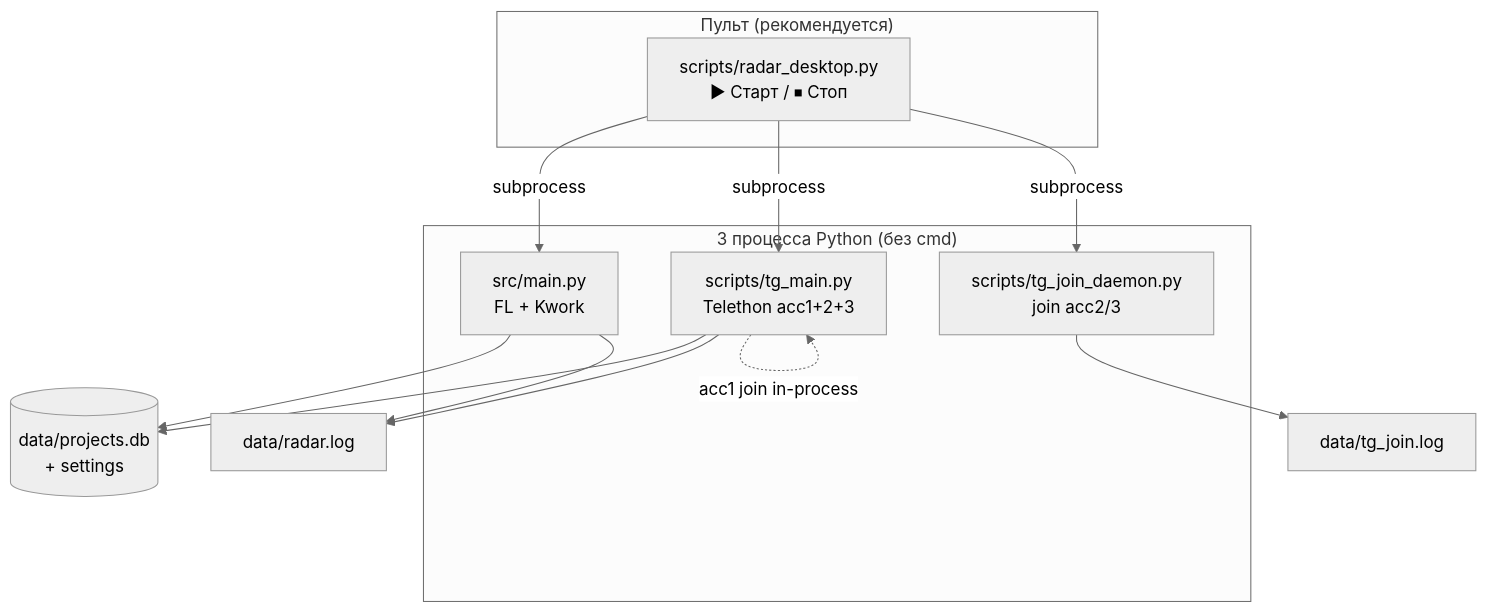
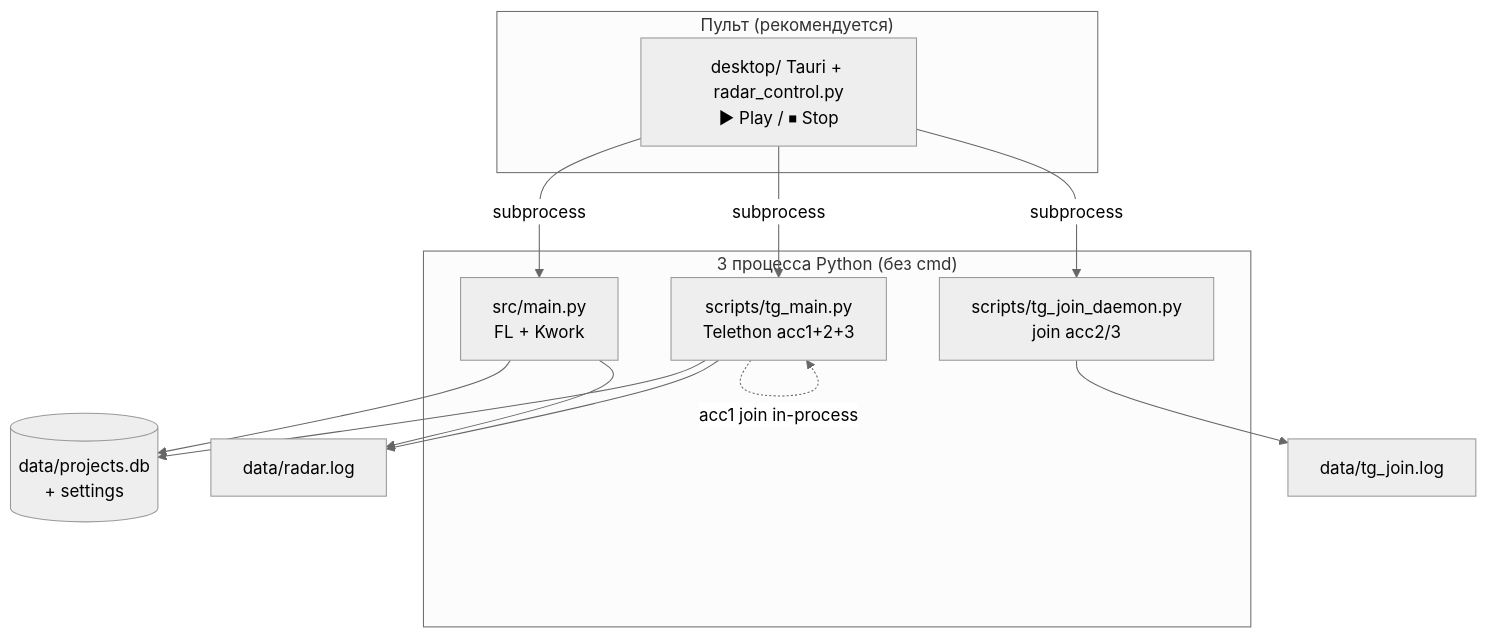
The first of 2 diagrams in docs/team/ARCHITECTURE.md (Rode51/rawlead), drawn with Mermaid (neutral theme) before and after one commit. The commit also changed other lines of this file and 70 other files, not shown here.

First line of the commit message:
feat: Tauri pult v2, radar_control API, TG forward to owner

````diff
--- a/docs/team/ARCHITECTURE.md
+++ b/docs/team/ARCHITECTURE.md
@@ -11,24 +11,24 @@
 ```mermaid
 flowchart TB
   subgraph desktop["Пульт (рекомендуется)"]
-    GUI["scripts/radar_desktop.py\n▶ Старт / ⏹ Стоп"]
+    GUI["desktop/ Tauri + radar_control.py\n▶ Play / ⏹ Stop"]
   end
   subgraph workers["3 процесса Python (без cmd)"]
     M["src/main.py\nFL + Kwork"]
     T["scripts/tg_main.py\nTelethon acc1+2+3"]
     J["scripts/tg_join_daemon.py\njoin acc2/3"]
   end
   DB[("data/projects.db\n+ settings")]
   LR["data/radar.log"]
   LJ["data/tg_join.log"]
 
   GUI -->|subprocess| M
   GUI -->|subprocess| T
   GUI -->|subprocess| J
   M --> DB
   M --> LR
   T --> DB
   T --> LR
   J --> LJ
   T -.->|acc1 join in-process| T
 ```
````
